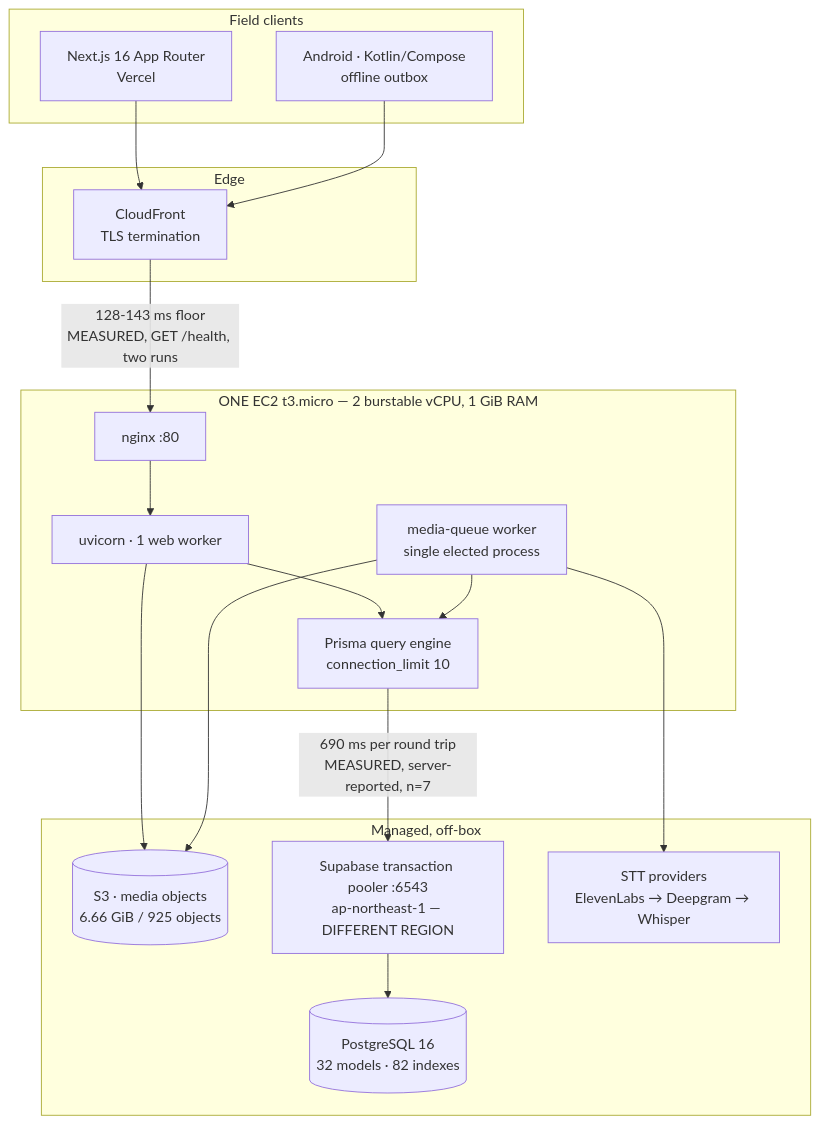
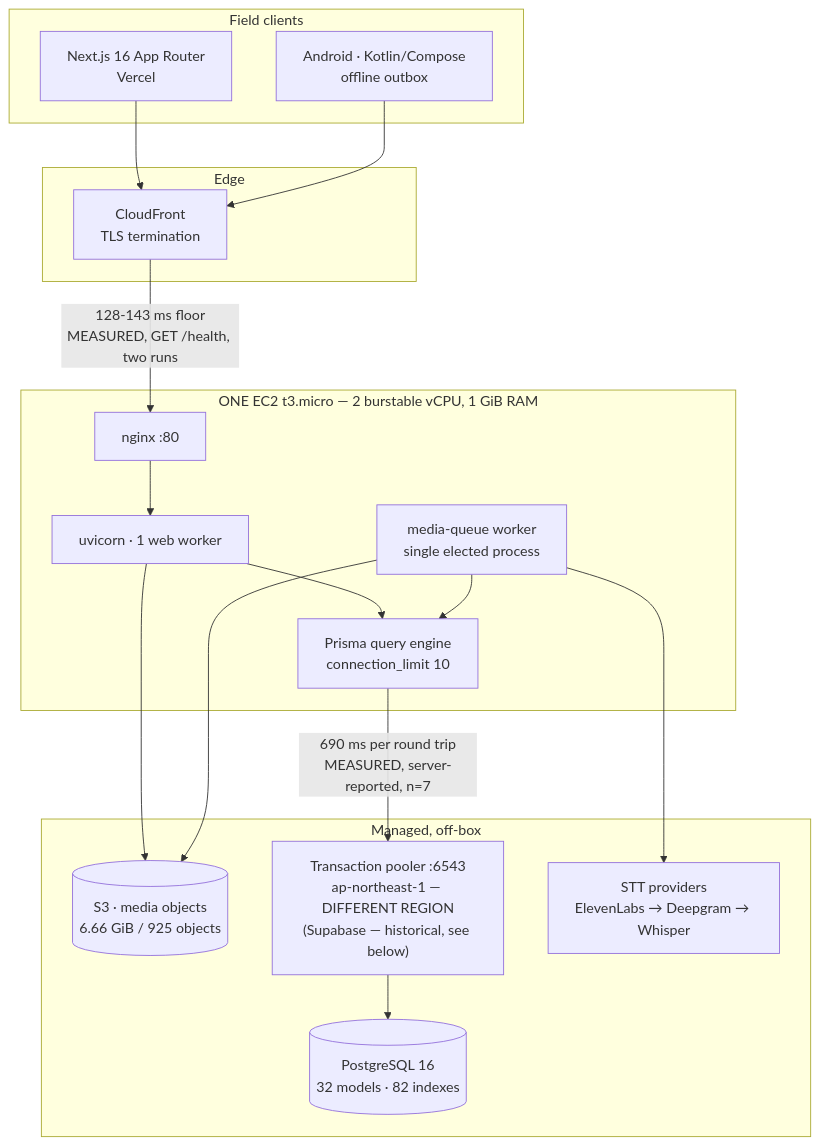
Before and after one commit to cxacraftecosystem-ui/designer-portal: the first of 9 diagrams in docs/RESEARCH_NOTES.md, drawn with Mermaid. The commit also changed other lines of this file and 225 other files, not shown here.

````diff
--- a/docs/RESEARCH_NOTES.md
+++ b/docs/RESEARCH_NOTES.md
@@ -66,35 +66,35 @@
 ```mermaid
 flowchart TB
   subgraph clients["Field clients"]
     web["Next.js 16 App Router<br/>Vercel"]
     droid["Android · Kotlin/Compose<br/>offline outbox"]
   end
 
   subgraph edge["Edge"]
     cf["CloudFront<br/>TLS termination"]
   end
 
   subgraph box["ONE EC2 t3.micro — 2 burstable vCPU, 1 GiB RAM"]
     nginx["nginx :80"]
     uvi["uvicorn · 1 web worker"]
     q["media-queue worker<br/>single elected process"]
     eng["Prisma query engine<br/>connection_limit 10"]
   end
 
   subgraph remote["Managed, off-box"]
     s3[("S3 · media objects<br/>6.66 GiB / 925 objects")]
-    pooler["Supabase transaction pooler :6543<br/>ap-northeast-1 — DIFFERENT REGION"]
+    pooler["Transaction pooler :6543<br/>ap-northeast-1 — DIFFERENT REGION<br/>(Supabase — historical, see below)"]
     pg[("PostgreSQL 16<br/>32 models · 82 indexes")]
     stt["STT providers<br/>ElevenLabs → Deepgram → Whisper"]
   end
 
   web --> cf
   droid --> cf
   cf -->|"128-143 ms floor<br/>MEASURED, GET /health, two runs"| nginx
   nginx --> uvi --> eng
   q --> eng
   q --> stt
   eng -->|"690 ms per round trip<br/>MEASURED, server-reported, n=7"| pooler --> pg
   uvi --> s3
   q --> s3
 ```
````
